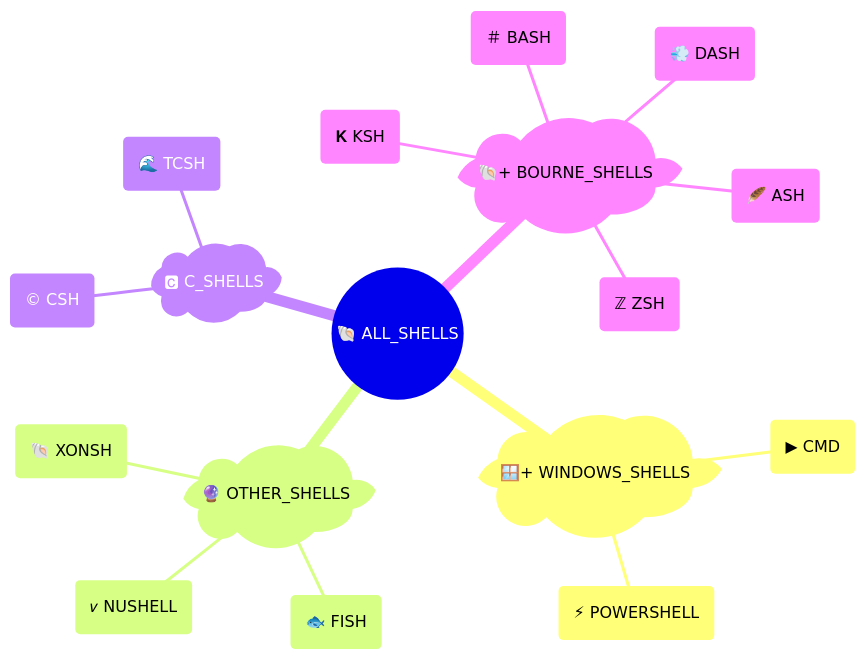
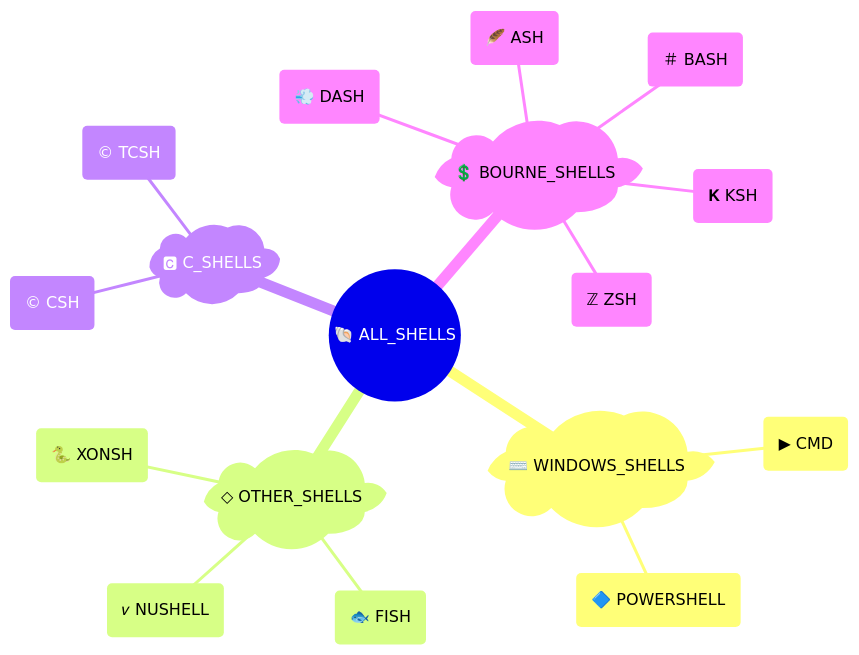
Before and after one commit to kdeldycke/extra-platforms: the second of 2 diagrams in docs/shells.md, drawn with Mermaid. The commit also changed other lines of this file and 13 other files, not shown here.

````diff
--- a/docs/shells.md
+++ b/docs/shells.md
@@ -126,23 +126,23 @@
 ```mermaid
 ---
 config: {"mindmap": {"padding": 5}}
 ---
 mindmap
     ((🐚 ALL_SHELLS))
-        )🪟+ WINDOWS_SHELLS(
+        )⌨️ WINDOWS_SHELLS(
             (▶ CMD)
-            (⚡ POWERSHELL)
-        )🔮 OTHER_SHELLS(
+            (🔷 POWERSHELL)
+        )◇ OTHER_SHELLS(
             (🐟 FISH)
             (𝜈 NUSHELL)
-            (🐚 XONSH)
+            (🐍 XONSH)
         )🅲 C_SHELLS(
             (© CSH)
-            (🌊 TCSH)
-        )🐚+ BOURNE_SHELLS(
+            (© TCSH)
+        )💲 BOURNE_SHELLS(
             (🪶 ASH)
             (＃ BASH)
             (💨 DASH)
             (𝐊 KSH)
             (ℤ ZSH)
 ```
````
